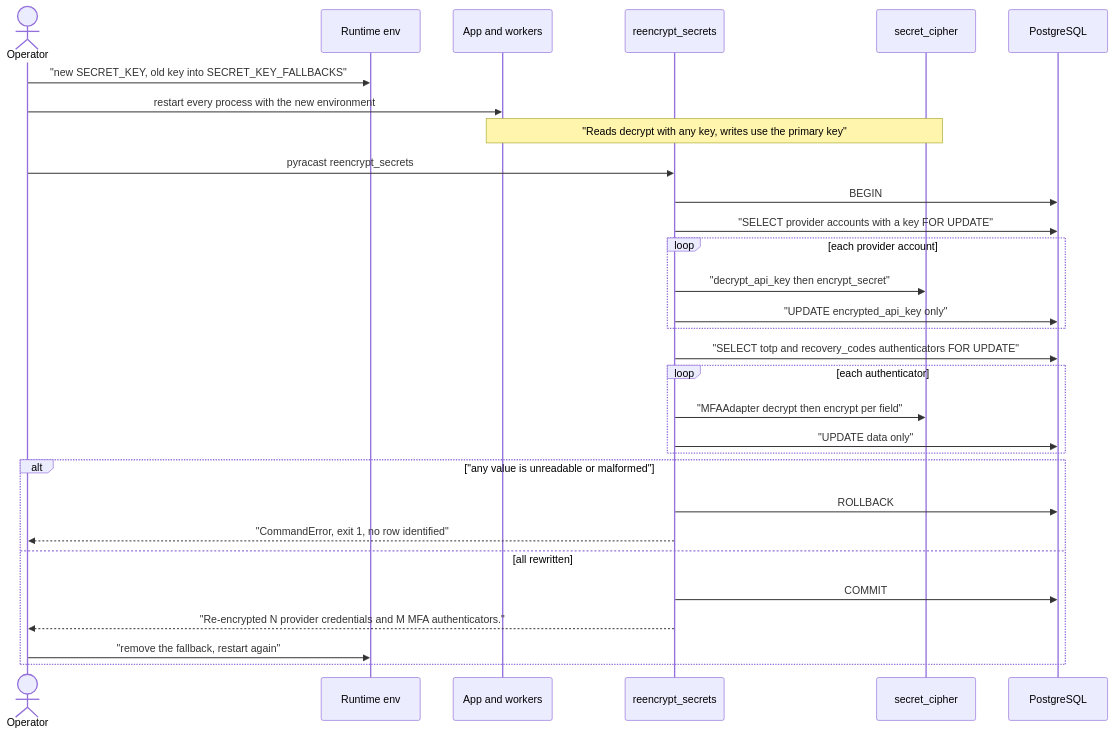
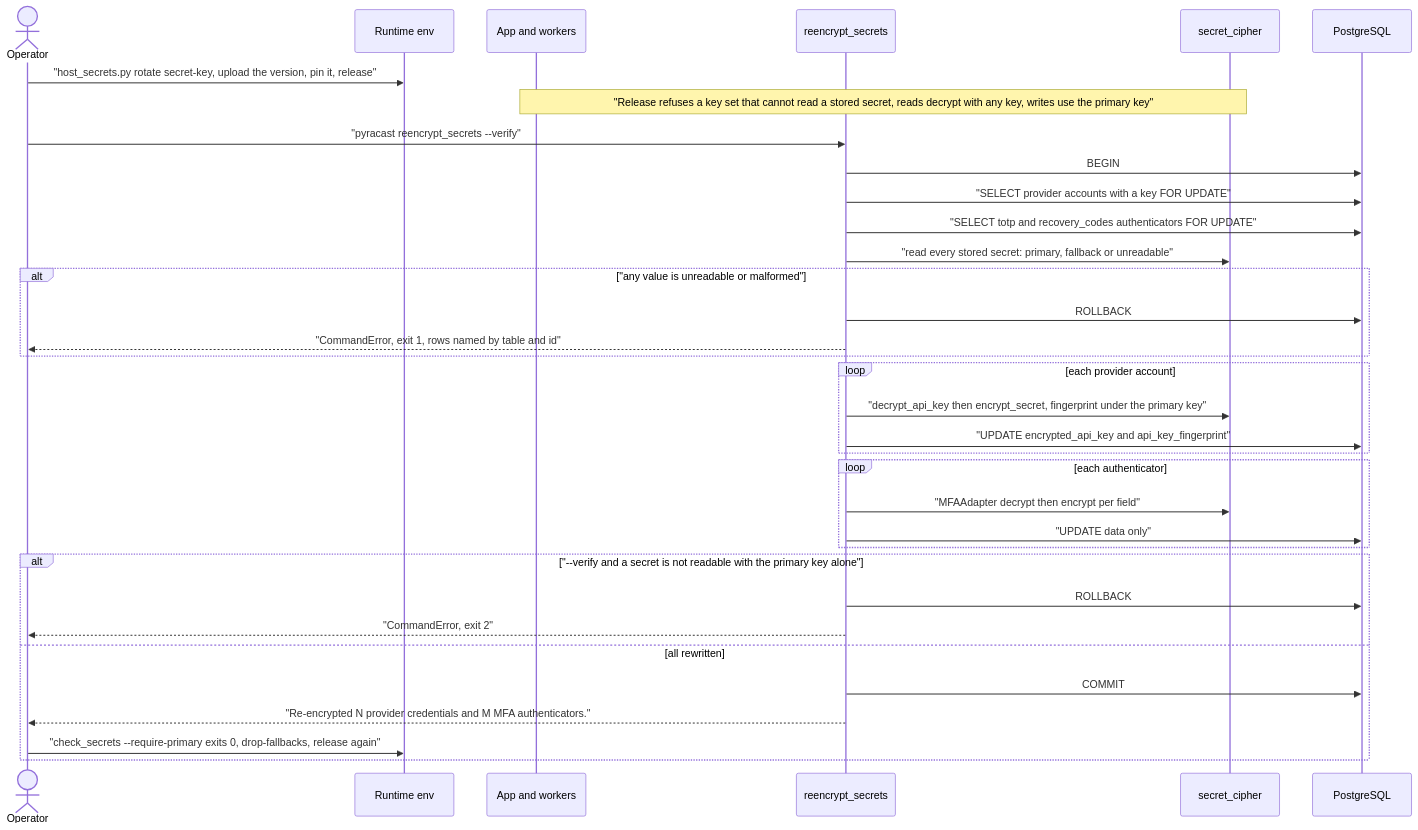
One commit to erkurtharun/pyracast changed the diagram in docs/flows/encryption-key-rotation.md. Above: the diagram before and after it, drawn with Mermaid. The commit also changed other lines of this file and 85 other files, not shown here.

First line of the commit message:
Bring the flow pages in line with the code (#107)

````diff
--- a/docs/flows/encryption-key-rotation.md
+++ b/docs/flows/encryption-key-rotation.md
@@ -15,32 +16,36 @@
 ```mermaid
 sequenceDiagram
     actor O as Operator
     participant E as Runtime env
     participant P as App and workers
     participant C as reencrypt_secrets
     participant K as secret_cipher
     participant D as PostgreSQL
-    O->>E: "new SECRET_KEY, old key into SECRET_KEY_FALLBACKS"
-    O->>P: restart every process with the new environment
-    Note over P,K: "Reads decrypt with any key, writes use the primary key"
-    O->>C: pyracast reencrypt_secrets
+    O->>E: "host_secrets.py rotate secret-key, upload the version, pin it, release"
+    Note over P,K: "Release refuses a key set that cannot read a stored secret, reads decrypt with any key, writes use the primary key"
+    O->>C: "pyracast reencrypt_secrets --verify"
     C->>D: BEGIN
     C->>D: "SELECT provider accounts with a key FOR UPDATE"
+    C->>D: "SELECT totp and recovery_codes authenticators FOR UPDATE"
+    C->>K: "read every stored secret: primary, fallback or unreadable"
+    alt "any value is unreadable or malformed"
+        C->>D: ROLLBACK
+        C-->>O: "CommandError, exit 1, rows named by table and id"
+    end
     loop each provider account
-        C->>K: "decrypt_api_key then encrypt_secret"
-        C->>D: "UPDATE encrypted_api_key only"
+        C->>K: "decrypt_api_key then encrypt_secret, fingerprint under the primary key"
+        C->>D: "UPDATE encrypted_api_key and api_key_fingerprint"
     end
-    C->>D: "SELECT totp and recovery_codes authenticators FOR UPDATE"
     loop each authenticator
         C->>K: "MFAAdapter decrypt then encrypt per field"
         C->>D: "UPDATE data only"
     end
-    alt "any value is unreadable or malformed"
+    alt "--verify and a secret is not readable with the primary key alone"
         C->>D: ROLLBACK
-        C-->>O: "CommandError, exit 1, no row identified"
+        C-->>O: "CommandError, exit 2"
     else all rewritten
         C->>D: COMMIT
         C-->>O: "Re-encrypted N provider credentials and M MFA authenticators."
-        O->>E: "remove the fallback, restart again"
+        O->>E: "check_secrets --require-primary exits 0, drop-fallbacks, release again"
     end
 ```
````
